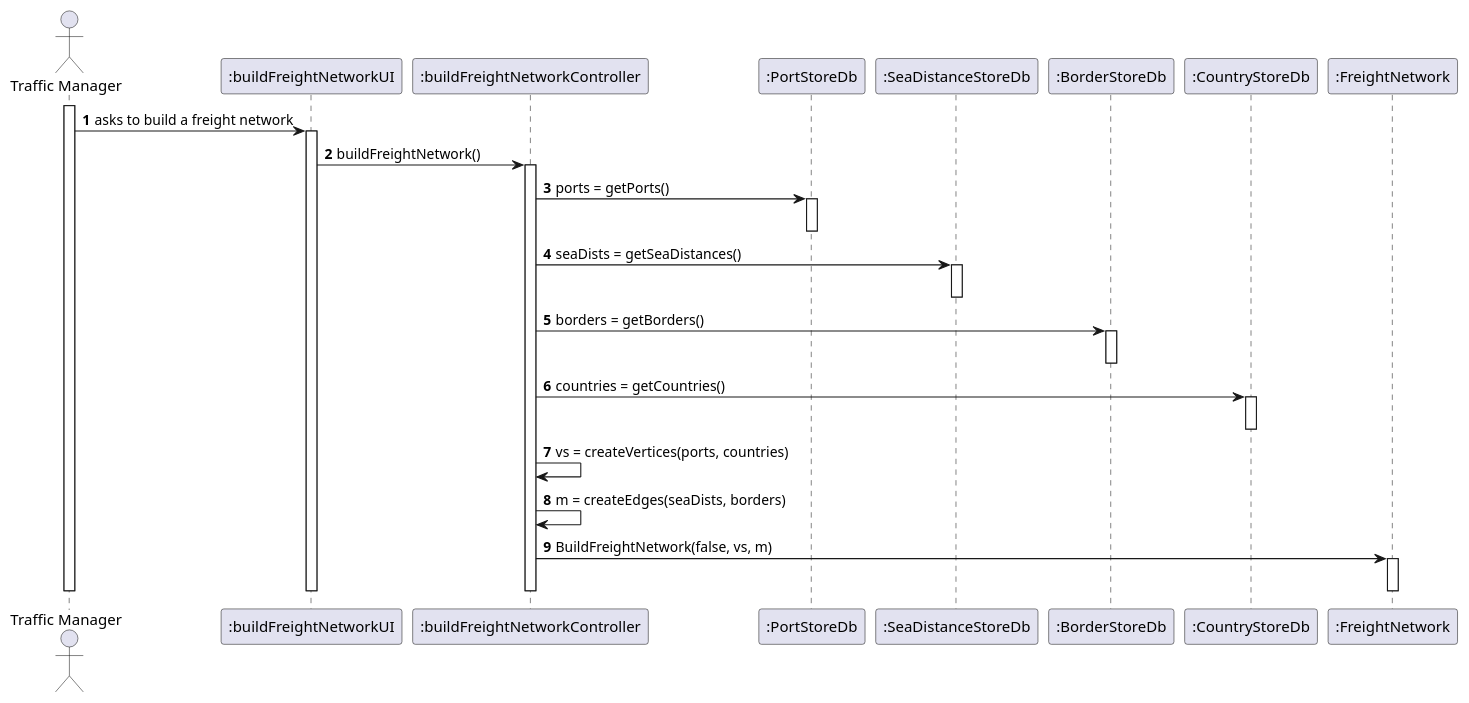
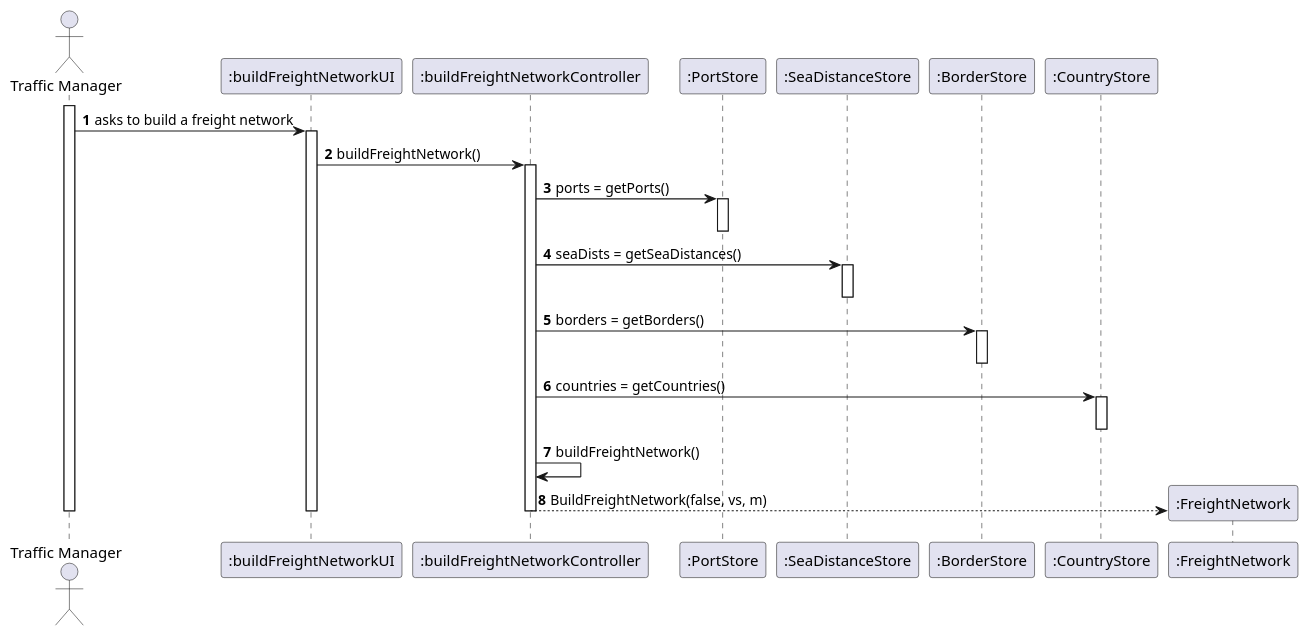
The diagram in docs/Sprint 3/US/US301/US301_SD.puml (1190772/LAB-Project-3), drawn with PlantUML before and after one commit. The commit also changed 11 other files, not shown here.

```diff
--- a/docs/Sprint 3/US/US301/US301_SD.puml
+++ b/docs/Sprint 3/US/US301/US301_SD.puml
@@ -1,51 +1,49 @@
 @startuml
 'https://plantuml.com/sequence-diagram
 
 autonumber
 
 actor "Traffic Manager" as TM
 
 participant ":buildFreightNetworkUI" as UI
 participant ":buildFreightNetworkController" as CTRL
-participant ":PortStoreDb" as P
-participant ":SeaDistanceStoreDb" as SD
-participant ":BorderStoreDb" as B
-participant ":CountryStoreDb" as C
+participant ":PortStore" as P
+participant ":SeaDistanceStore" as SD
+participant ":BorderStore" as B
+participant ":CountryStore" as C
 participant ":FreightNetwork" as NET
 
 activate TM
 TM -> UI : asks to build a freight network
 
 activate UI
 UI -> CTRL : buildFreightNetwork()
 
 activate CTRL
 
 CTRL -> P : ports = getPorts()
 activate P
 deactivate P
 
 CTRL -> SD : seaDists = getSeaDistances()
 activate SD
 deactivate SD
 
 CTRL -> B : borders = getBorders()
 activate B
 deactivate B
 
 CTRL -> C : countries = getCountries()
 activate C
 deactivate C
 
-CTRL -> CTRL : vs = createVertices(ports, countries)
-CTRL -> CTRL : m = createEdges(seaDists, borders)
+CTRL -> CTRL : buildFreightNetwork()
 
-CTRL -> NET : BuildFreightNetwork(false, vs, m)
-activate NET
-deactivate NET
+create NET
+CTRL --> NET : BuildFreightNetwork(false, vs, m)
 
 deactivate NET
 deactivate CTRL
 deactivate UI
 deactivate TM
 @enduml
```
